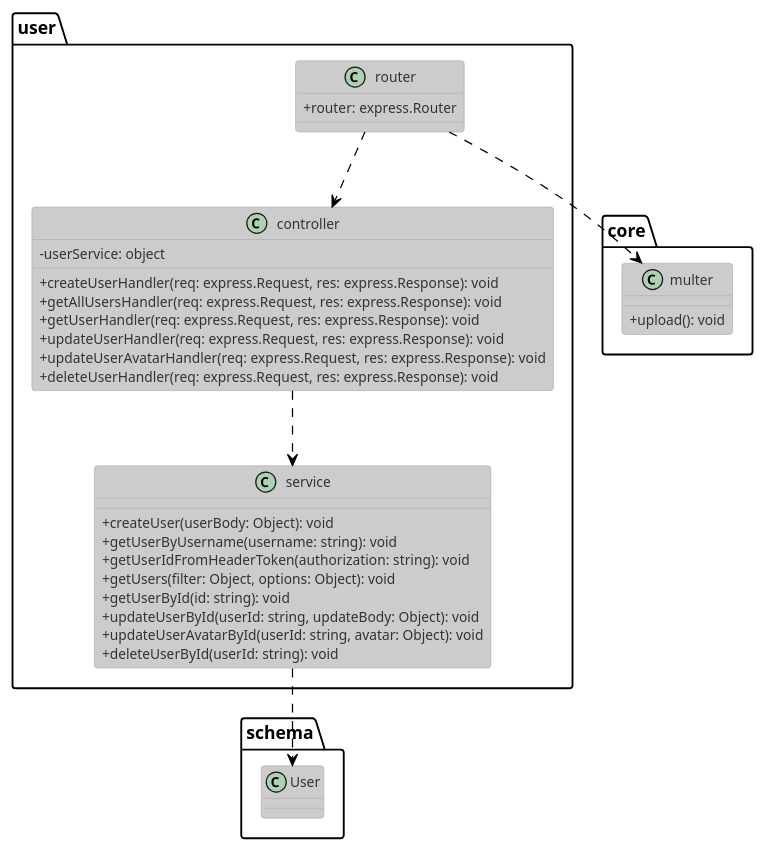
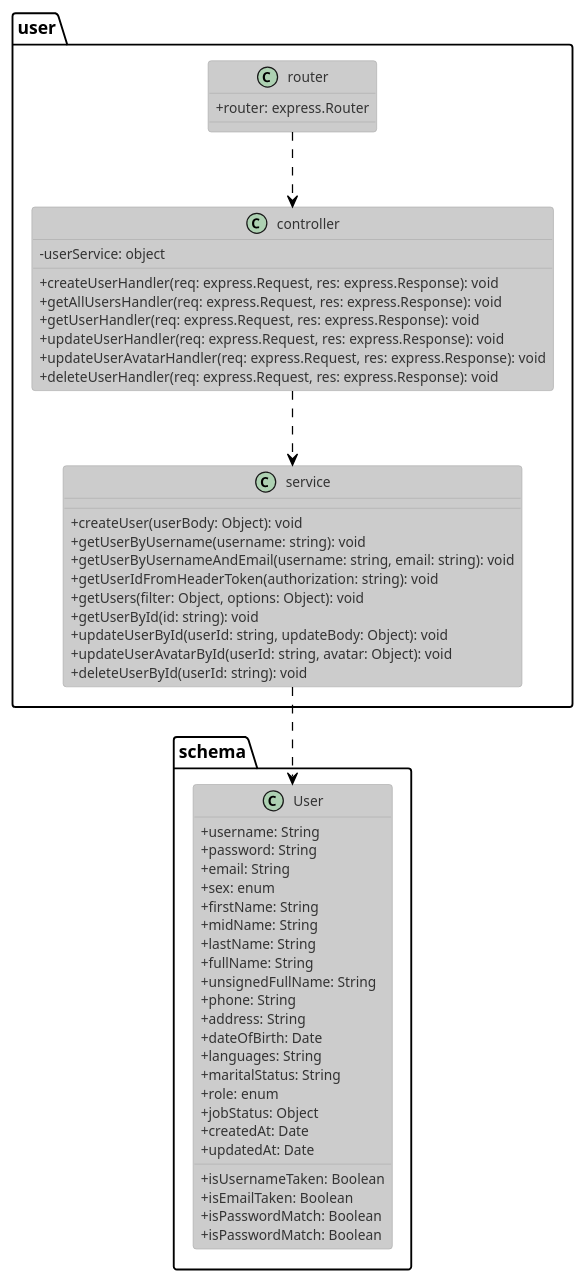
Before and after one commit to tuannm99/RMS: the diagram in plantuml/class/user.puml, drawn with PlantUML. The commit also changed 8 other files, not shown here.

```diff
--- a/plantuml/class/user.puml
+++ b/plantuml/class/user.puml
@@ -1,43 +1,61 @@
 @startuml authClass
 !theme reddress-lightblue
 
 skinparam classAttributeIconSize 0
 class user.controller{
     - {field} userService: object
 
     + {method} createUserHandler(req: express.Request, res: express.Response): void
     + {method} getAllUsersHandler(req: express.Request, res: express.Response): void
     + {method} getUserHandler(req: express.Request, res: express.Response): void
     + {method} updateUserHandler(req: express.Request, res: express.Response): void
     + {method} updateUserAvatarHandler(req: express.Request, res: express.Response): void
     + {method} deleteUserHandler(req: express.Request, res: express.Response): void
 }
 
 class user.service{
     + {method} createUser(userBody: Object): void
     + {method} getUserByUsername(username: string): void
+    + {method} getUserByUsernameAndEmail(username: string, email: string): void
     + {method} getUserIdFromHeaderToken(authorization: string): void
     + {method} getUsers(filter: Object, options: Object): void
     + {method} getUserById(id: string): void
     + {method} updateUserById(userId: string, updateBody: Object): void
     + {method} updateUserAvatarById(userId: string, avatar: Object): void
     + {method} deleteUserById(userId: string): void
 }
 
 class user.router{
     + {field} router: express.Router
 }
 
-class core.multer{
-    + {method} upload(): void
-}
+class schema.User {
+  + {field} username: String
+  + {field} password: String
+  + {field} email: String 
+  + {field} sex: enum
+  + {field} firstName: String 
+  + {field} midName: String
+  + {field} lastName: String 
+  + {field} fullName: String 
+  + {field} unsignedFullName: String
+  + {field} phone: String
+  + {field} address: String
+  + {field} dateOfBirth: Date
+  + {field} languages: String
+  + {field} maritalStatus: String
+  + {field} role: enum
+  + {field} jobStatus: Object
+  + {field} createdAt: Date
+  + {field} updatedAt: Date
 
-class schema.User {
-
+  + {method} isUsernameTaken: Boolean
+  + {method} isEmailTaken: Boolean
+  + {method} isPasswordMatch: Boolean
+  + {method} isPasswordMatch: Boolean
 }
 
 user.router ..> user.controller
-user.router ..> core.multer
 user.controller ..> user.service
 user.service ..> schema.User
 @enduml
```
